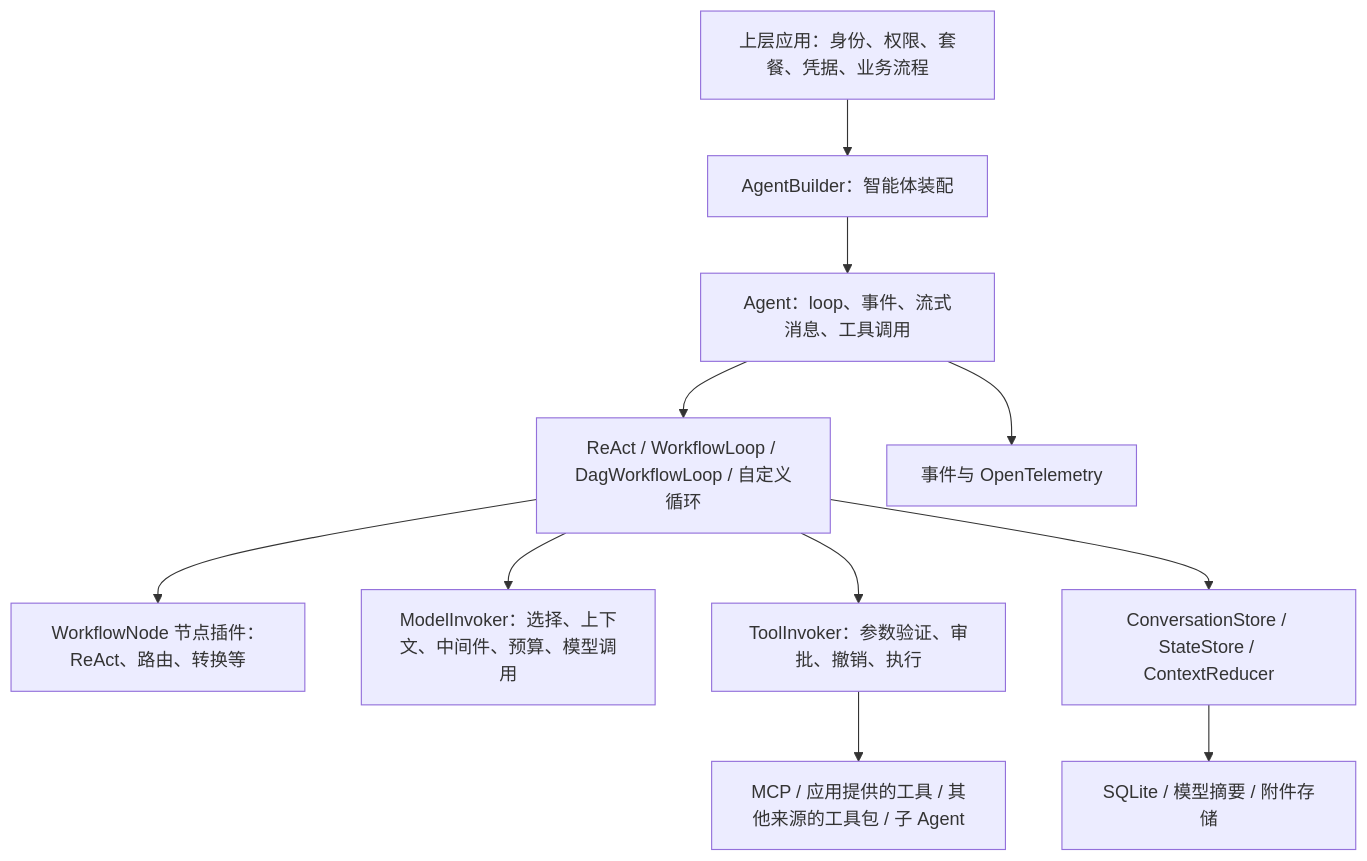
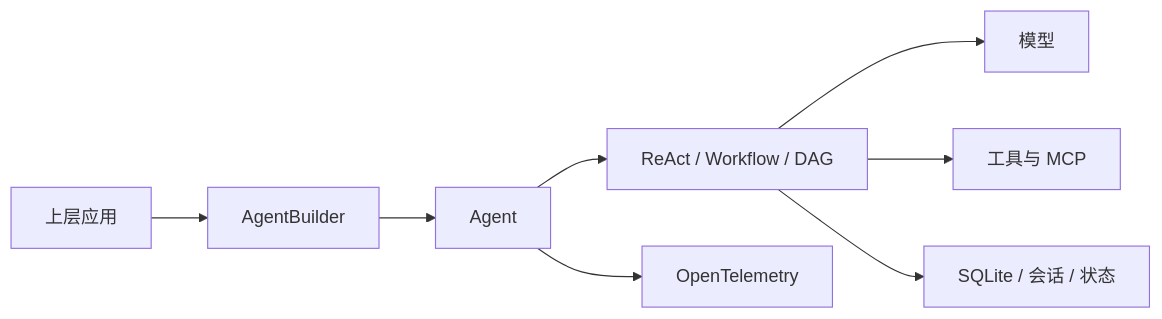
One commit to Penglai-Link/eliteforge-agent-framework changed the diagram in README.md. Above: the diagram before and after it, drawn with Mermaid. The commit also changed other lines of this file and 4 other files, not shown here.

````diff
--- a/README.md
+++ b/README.md
@@ -5,13 +5,10 @@
 ```mermaid
-flowchart TD
-    Host[上层应用：身份、权限、套餐、凭据、业务流程] --> Build[AgentBuilder：智能体装配]
-    Build --> Agent[Agent：loop、事件、流式消息、工具调用]
-    Agent --> Loop[ReAct / WorkflowLoop / DagWorkflowLoop / 自定义循环]
-    Loop --> Nodes[WorkflowNode 节点插件：ReAct、路由、转换等]
-    Loop --> Models[ModelInvoker：选择、上下文、中间件、预算、模型调用]
-    Loop --> Tools[ToolInvoker：参数验证、审批、撤销、执行]
-    Tools --> ToolPlugins[MCP / 应用提供的工具 / 其他来源的工具包 / 子 Agent]
-    Loop --> State[ConversationStore / StateStore / ContextReducer]
-    State --> Implementations[SQLite / 模型摘要 / 附件存储]
-    Agent --> Telemetry[事件与 OpenTelemetry]
+flowchart LR
+    Host[上层应用] --> Builder[AgentBuilder]
+    Builder --> Agent[Agent]
+    Agent --> Loop[ReAct / Workflow / DAG]
+    Loop --> Model[模型]
+    Loop --> Tool[工具与 MCP]
+    Loop --> Store[SQLite / 会话 / 状态]
+    Agent --> OTel[OpenTelemetry]
 ```
````
